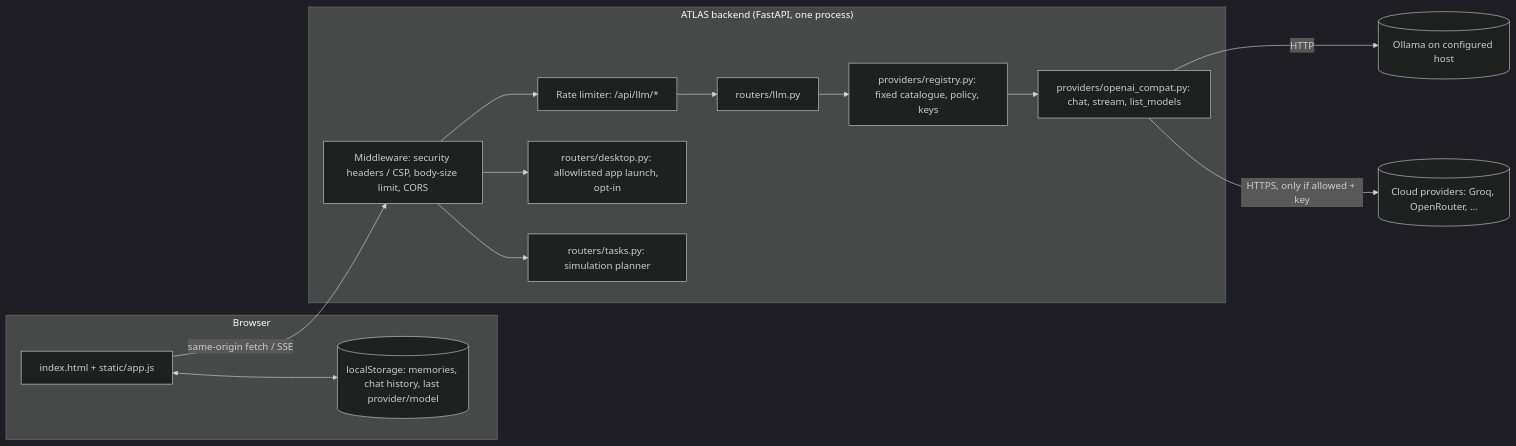
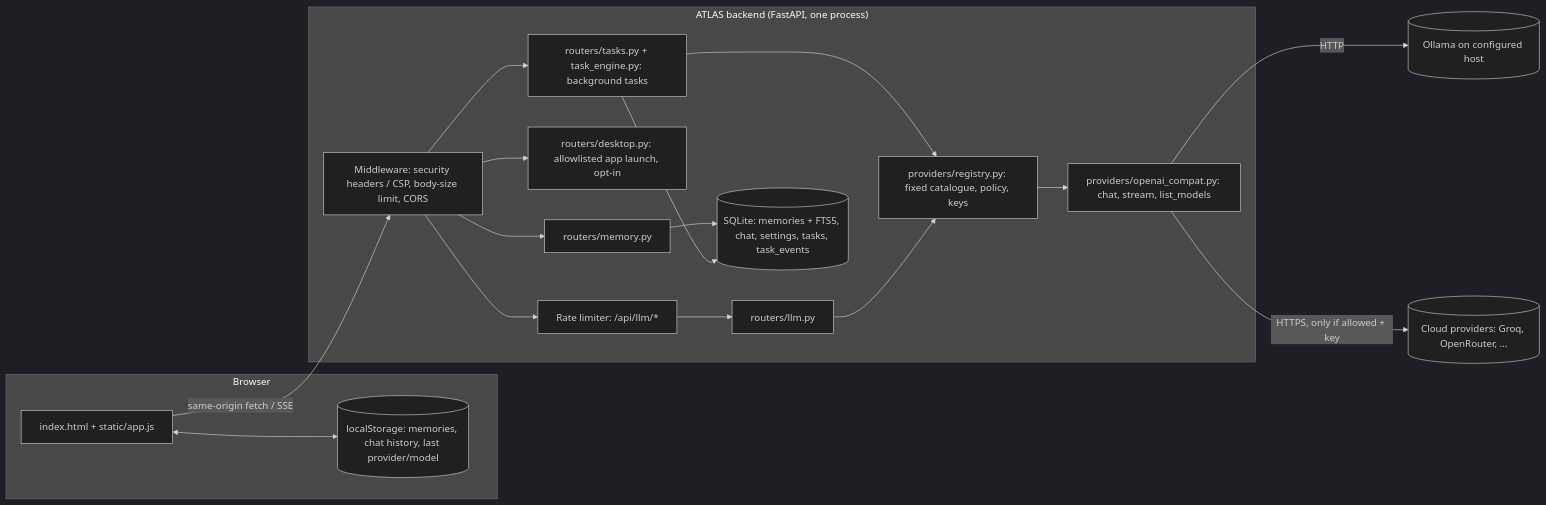
Before and after one commit to SHASHWAT-MISHRA-997/Atlas-OS: the diagram in docs/ARCHITECTURE.md, drawn with Mermaid (dark theme). The commit also changed other lines of this file and 8 other files, not shown here.

First line of the commit message:
Document storage and task engine (v0.3.0)

````diff
--- a/docs/ARCHITECTURE.md
+++ b/docs/ARCHITECTURE.md
@@ -5,24 +5,30 @@
 ```mermaid
 flowchart LR
   subgraph Browser
     UI[index.html + static/app.js]
     LS[(localStorage: memories, chat history, last provider/model)]
     UI <--> LS
   end
   subgraph "ATLAS backend (FastAPI, one process)"
     MW[Middleware: security headers / CSP, body-size limit, CORS]
     RL[Rate limiter: /api/llm/*]
     LLM[routers/llm.py]
     REG[providers/registry.py: fixed catalogue, policy, keys]
     ADP[providers/openai_compat.py: chat, stream, list_models]
     DESK[routers/desktop.py: allowlisted app launch, opt-in]
-    TASK[routers/tasks.py: simulation planner]
+    TASK[routers/tasks.py + task_engine.py: background tasks]
+    MEM[routers/memory.py]
+    DB[(SQLite: memories + FTS5, chat, settings, tasks, task_events)]
+    MEM --> DB
+    TASK --> DB
+    TASK --> REG
   end
   OLL[(Ollama on configured host)]
   CLOUD[(Cloud providers: Groq, OpenRouter, ...)]
   UI -- same-origin fetch / SSE --> MW --> RL --> LLM --> REG --> ADP
   ADP -- HTTP --> OLL
   ADP -- HTTPS, only if allowed + key --> CLOUD
   MW --> DESK
   MW --> TASK
+  MW --> MEM
 ```
````
